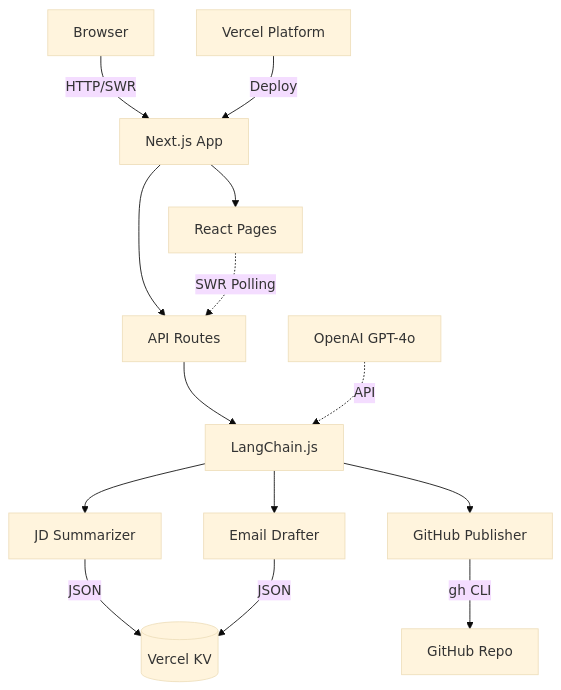
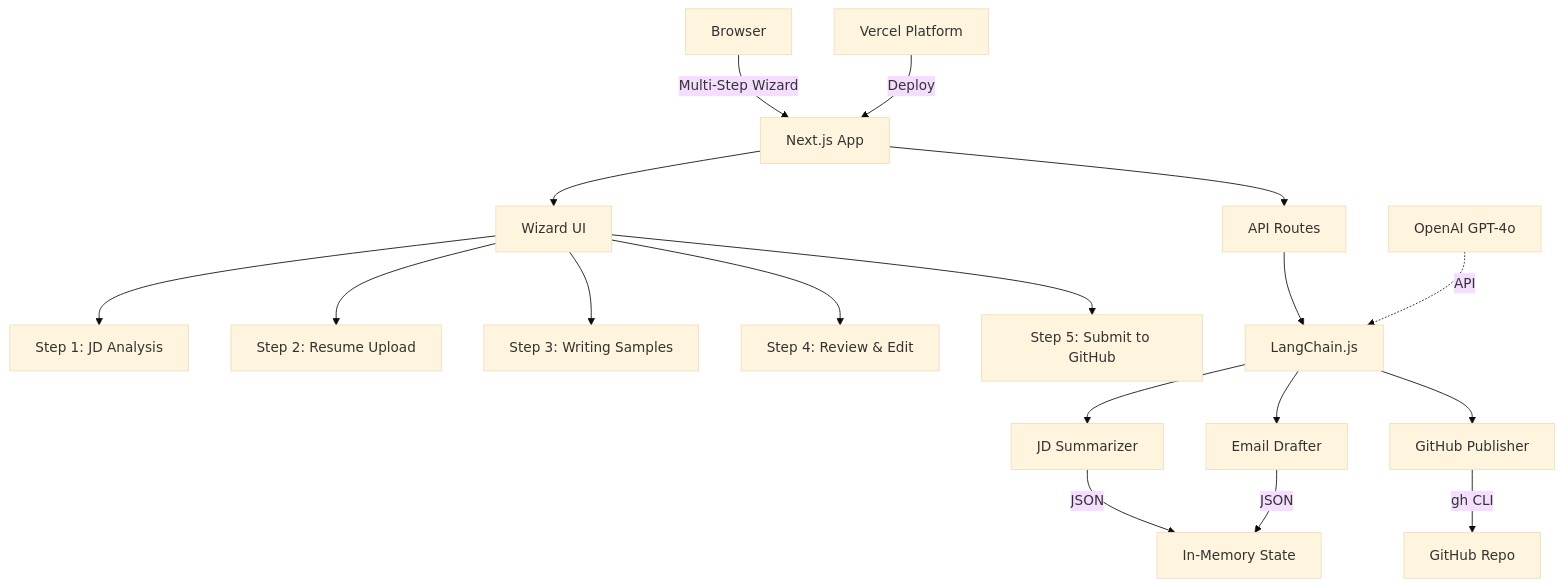
Before and after one commit to superuserjr/adi-vp-agent-demo: the diagram in README.md, drawn with Mermaid (base theme). The commit also changed other lines of this file and 6 other files, not shown here.

````diff
--- a/README.md
+++ b/README.md
@@ -18,23 +18,27 @@
 ```mermaid
 graph TD
-    Browser[Browser] -->|HTTP/SWR| Next[Next.js App]
+    Browser[Browser] -->|Multi-Step Wizard| Next[Next.js App]
     
-    Next --> Pages[React Pages]
+    Next --> Wizard[Wizard UI]
     Next --> API[API Routes]
+    
+    Wizard --> Step1[Step 1: JD Analysis]
+    Wizard --> Step2[Step 2: Resume Upload]
+    Wizard --> Step3[Step 3: Writing Samples]
+    Wizard --> Step4[Step 4: Review & Edit]
+    Wizard --> Step5[Step 5: Submit to GitHub]
     
     API --> LangChain[LangChain.js]
     
     LangChain --> Agent1[JD Summarizer]
-    LangChain --> Agent2[Email Drafter]
+    LangChain --> Agent2[Email Drafter]  
     LangChain --> Agent3[GitHub Publisher]
     
-    Agent1 -->|JSON| KV[(Vercel KV)]
-    Agent2 -->|JSON| KV
+    Agent1 -->|JSON| Memory[In-Memory State]
+    Agent2 -->|JSON| Memory
     Agent3 -->|gh CLI| GitHub[GitHub Repo]
-    
-    Pages -.->|SWR Polling| API
     
     OpenAI[OpenAI GPT-4o] -.->|API| LangChain
     
     Vercel[Vercel Platform] -->|Deploy| Next
 ```
````
